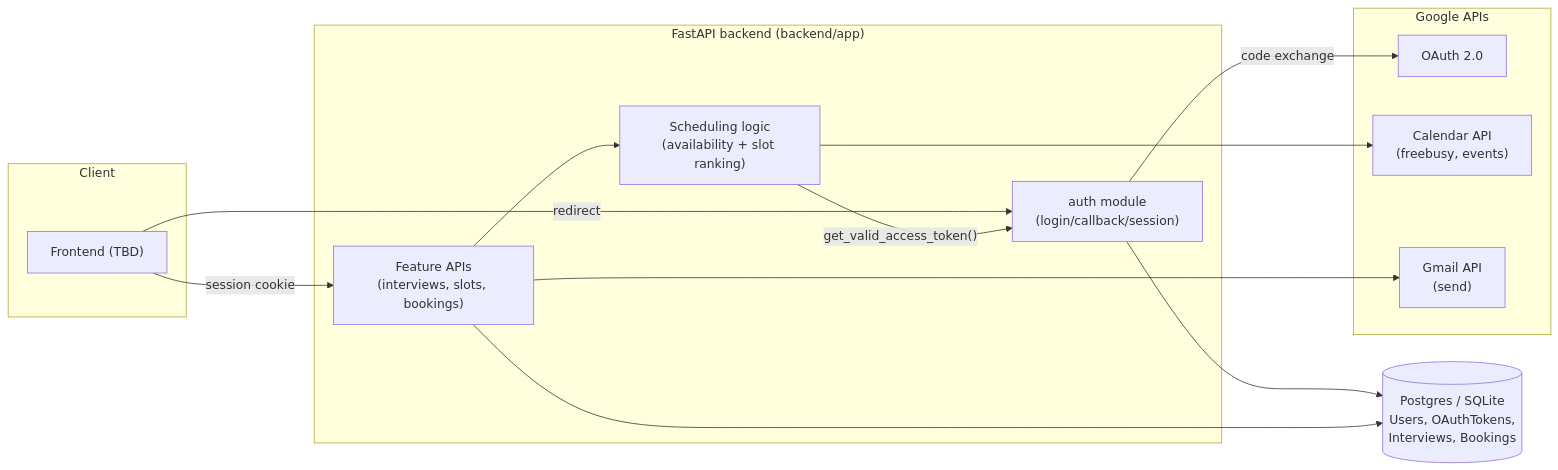
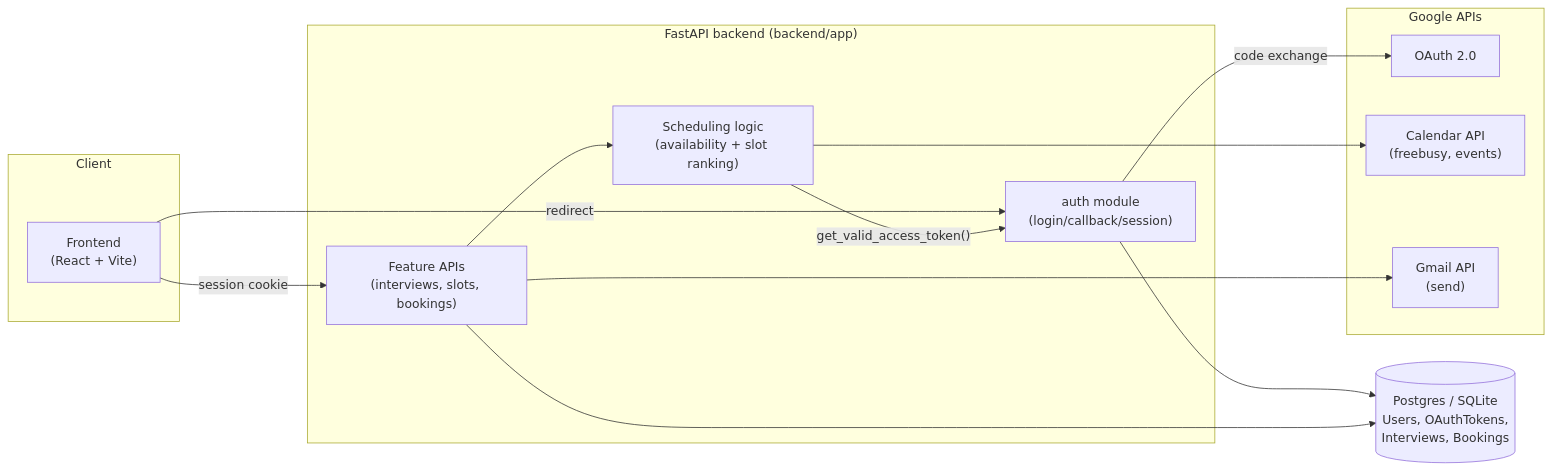
Before and after one commit to AgraniJain2/The-Hacksmiths: the diagram in Documentation/ARCHITECTURE.md, drawn with Mermaid. The commit also changed other lines of this file and 42 other files, not shown here.

````diff
--- a/Documentation/ARCHITECTURE.md
+++ b/Documentation/ARCHITECTURE.md
@@ -17,30 +17,30 @@
 ```mermaid
 flowchart LR
     subgraph Client
-        FE["Frontend (TBD)"]
+        FE["Frontend\n(React + Vite)"]
     end
 
     subgraph Backend["FastAPI backend (backend/app)"]
         AUTH["auth module\n(login/callback/session)"]
         API["Feature APIs\n(interviews, slots, bookings)"]
         SCHED["Scheduling logic\n(availability + slot ranking)"]
     end
 
     DB[("Postgres / SQLite\nUsers, OAuthTokens,\nInterviews, Bookings")]
 
     subgraph Google["Google APIs"]
         GOAUTH["OAuth 2.0"]
         GCAL["Calendar API\n(freebusy, events)"]
         GMAIL["Gmail API\n(send)"]
     end
 
     FE -- session cookie --> API
     FE -- redirect --> AUTH
     AUTH -- code exchange --> GOAUTH
     AUTH --> DB
     API --> SCHED
     SCHED -- "get_valid_access_token()" --> AUTH
     SCHED --> GCAL
     API --> GMAIL
     API --> DB
 ```
````
